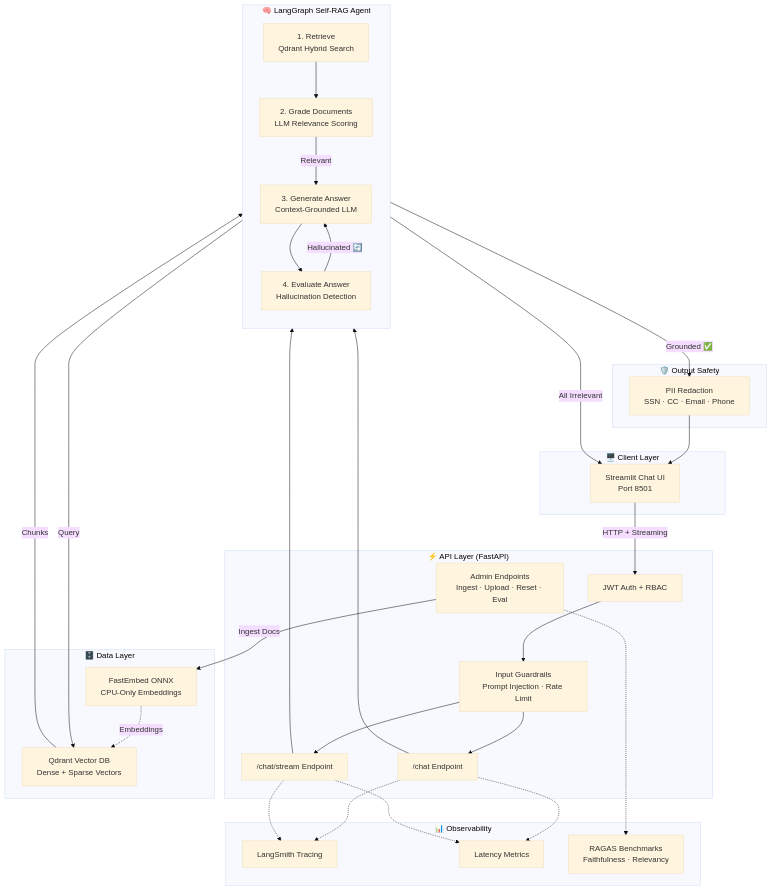
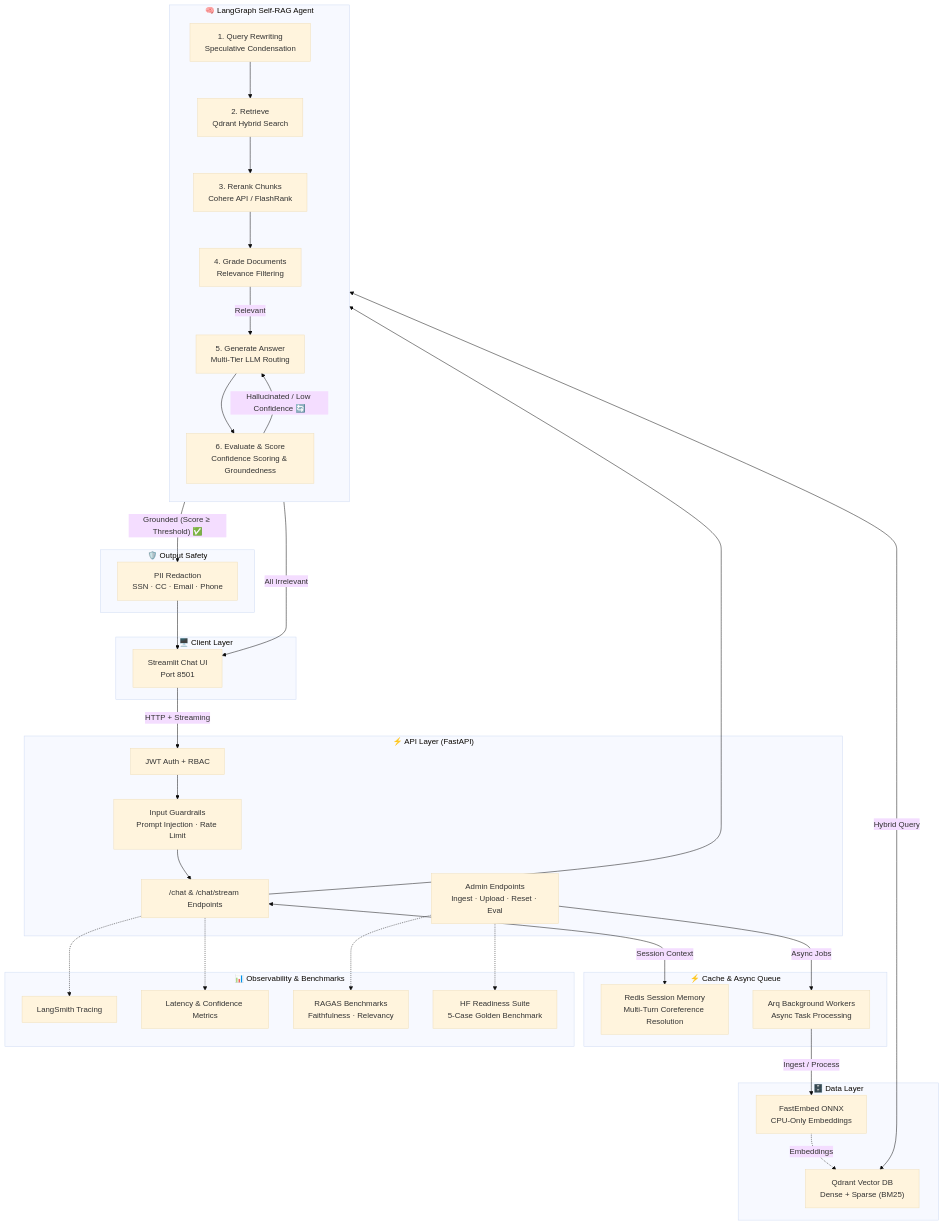
One commit to Vineetiitg/support-docs-copilot changed the first of 2 diagrams in README.md. Above: the diagram before and after it, drawn with Mermaid (base theme). The commit also changed other lines of this file and 1 other file, not shown here.

Commit message:
docs: comprehensively update README and Makefile with multi-tier LLMs, Redis caching, Cohere reranking, Arq workers, and benchmark targets

````diff
--- a/README.md
+++ b/README.md
@@ -32,55 +36,65 @@
 ```mermaid
 flowchart TB
     subgraph Client["🖥️ Client Layer"]
         UI["Streamlit Chat UI<br/>Port 8501"]
     end
 
     subgraph API["⚡ API Layer (FastAPI)"]
         Auth["JWT Auth + RBAC"]
         Guard["Input Guardrails<br/>Prompt Injection · Rate Limit"]
-        Chat["/chat Endpoint"]
-        Stream["/chat/stream Endpoint"]
+        Chat["/chat & /chat/stream Endpoints"]
         Admin["Admin Endpoints<br/>Ingest · Upload · Reset · Eval"]
+    end
+
+    subgraph Memory["⚡ Cache & Async Queue"]
+        Redis["Redis Session Memory<br/>Multi-Turn Coreference Resolution"]
+        Worker["Arq Background Workers<br/>Async Task Processing"]
     end
 
     subgraph Agent["🧠 LangGraph Self-RAG Agent"]
         direction TB
-        Retrieve["1. Retrieve<br/>Qdrant Hybrid Search"]
-        Grade["2. Grade Documents<br/>LLM Relevance Scoring"]
-        Generate["3. Generate Answer<br/>Context-Grounded LLM"]
-        Evaluate["4. Evaluate Answer<br/>Hallucination Detection"]
+        Rewrite["1. Query Rewriting<br/>Speculative Condensation"]
+        Retrieve["2. Retrieve<br/>Qdrant Hybrid Search"]
+        Rerank["3. Rerank Chunks<br/>Cohere API / FlashRank"]
+        Grade["4. Grade Documents<br/>Relevance Filtering"]
+        Generate["5. Generate Answer<br/>Multi-Tier LLM Routing"]
+        Evaluate["6. Evaluate & Score<br/>Confidence Scoring & Groundedness"]
     end
 
     subgraph Storage["🗄️ Data Layer"]
-        Qdrant["Qdrant Vector DB<br/>Dense + Sparse Vectors"]
+        Qdrant["Qdrant Vector DB<br/>Dense + Sparse (BM25)"]
         Embed["FastEmbed ONNX<br/>CPU-Only Embeddings"]
     end
 
     subgraph Safety["🛡️ Output Safety"]
         Redact["PII Redaction<br/>SSN · CC · Email · Phone"]
     end
 
-    subgraph Observe["📊 Observability"]
+    subgraph Observe["📊 Observability & Benchmarks"]
         LangSmith["LangSmith Tracing"]
-        Metrics["Latency Metrics"]
+        Metrics["Latency & Confidence Metrics"]
         RAGAS["RAGAS Benchmarks<br/>Faithfulness · Relevancy"]
+        Bench["HF Readiness Suite<br/>5-Case Golden Benchmark"]
     end
 
     UI -->|HTTP + Streaming| Auth
     Auth --> Guard
-    Guard --> Chat & Stream
-    Chat & Stream --> Retrieve
-    Retrieve -->|Query| Qdrant
-    Qdrant -->|Chunks| Retrieve
+    Guard --> Chat
+    Chat <-->|Session Context| Redis
+    Chat --> Rewrite
+    Rewrite --> Retrieve
+    Retrieve <-->|Hybrid Query| Qdrant
     Embed -.->|Embeddings| Qdrant
-    Retrieve --> Grade
+    Retrieve --> Rerank
+    Rerank --> Grade
     Grade -->|Relevant| Generate
     Grade -->|"All Irrelevant"| UI
     Generate --> Evaluate
-    Evaluate -->|"Grounded ✅"| Redact
-    Evaluate -->|"Hallucinated 🔄"| Generate
+    Evaluate -->|"Grounded (Score ≥ Threshold) ✅"| Redact
+    Evaluate -->|"Hallucinated / Low Confidence 🔄"| Generate
     Redact --> UI
-    Admin -->|Ingest Docs| Embed
-    Chat & Stream -.-> LangSmith & Metrics
-    Admin -.-> RAGAS
+    Admin -->|Async Jobs| Worker
+    Worker -->|Ingest / Process| Embed
+    Chat -.-> LangSmith & Metrics
+    Admin -.-> RAGAS & Bench
 ```
````
